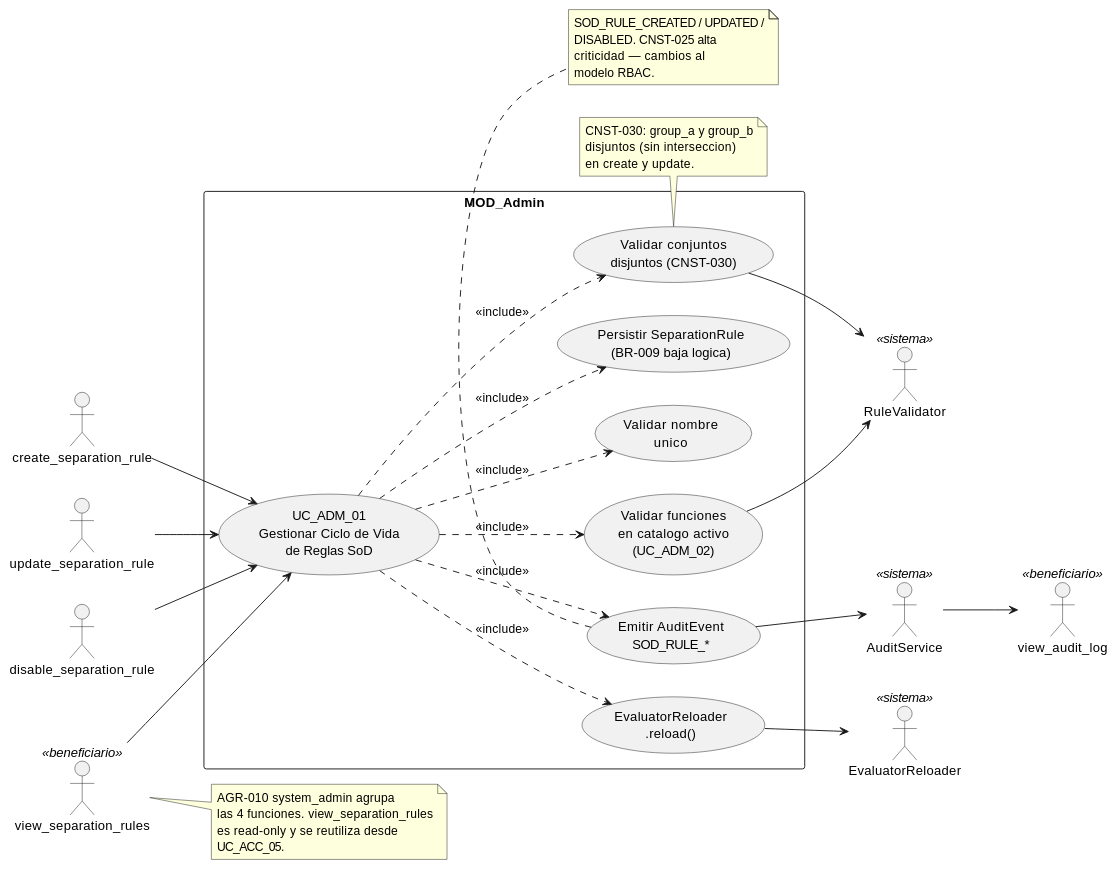
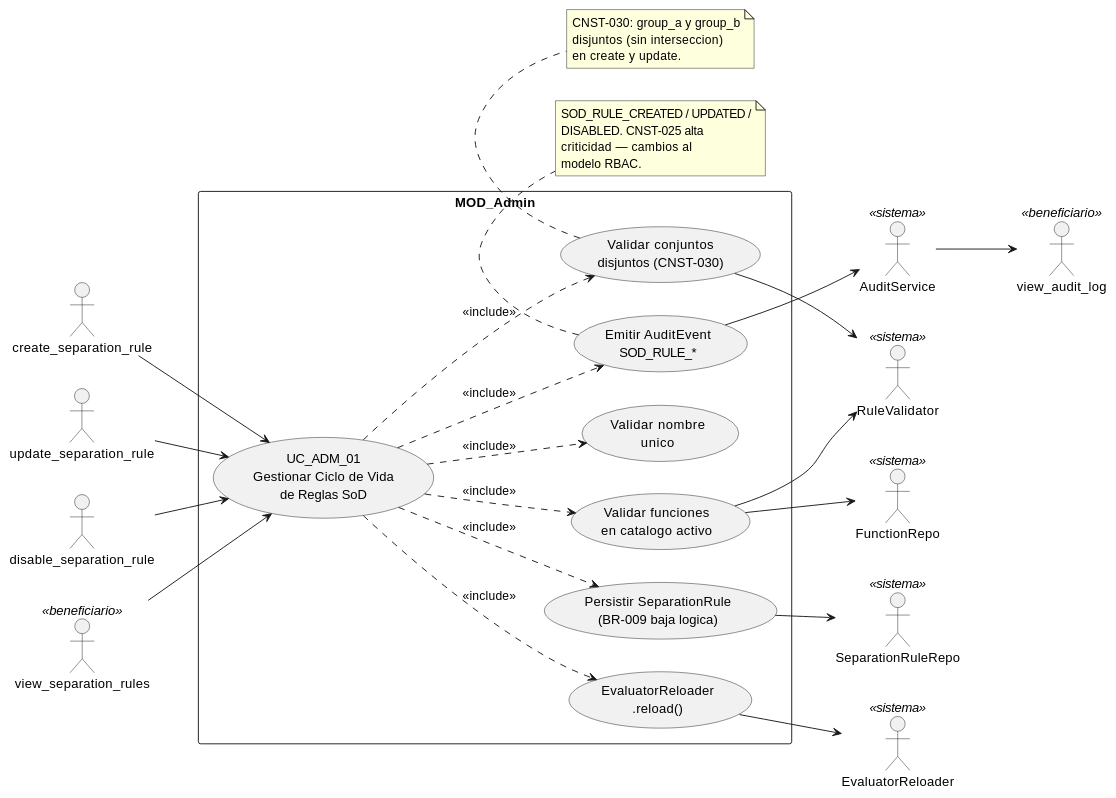
The diagram in source/requisitos/casos-uso/admin/uc-adm-01/diagramas-uml/diagrama-de-caso-de-uso.rst (jcg-admin/IACT-docs), drawn with PlantUML before and after one commit. The commit also changed other lines of this file and 6 other files, not shown here.

First line of the commit message:
Recreate uc-adm-01 diagrams aligned to STD-011/012 v1.1.0

```diff
--- a/source/requisitos/casos-uso/admin/uc-adm-01/diagramas-uml/diagrama-de-caso-de-uso.rst
+++ b/source/requisitos/casos-uso/admin/uc-adm-01/diagramas-uml/diagrama-de-caso-de-uso.rst
@@ -4,65 +6,62 @@
 .. uml::
- :caption: UC_ADM_01 — actores y casos asociados
+ :caption: UC_ADM_01 — actores y casos asociados.
 
  @startuml
 
  left to right direction
 
- actor "create_separation_rule" as F_CREATE
- actor "update_separation_rule" as F_UPDATE
- actor "disable_separation_rule" as F_DISABLE
- actor "view_separation_rules" as F_VIEW <<beneficiario>>
+ actor "create_separation_rule" as create_separation_rule
+ actor "update_separation_rule" as update_separation_rule
+ actor "disable_separation_rule" as disable_separation_rule
+ actor "view_separation_rules" as view_separation_rules <<beneficiario>>
  actor "view_audit_log" as view_audit_log <<beneficiario>>
- actor "EvaluatorReloader" as EE <<sistema>>
- actor "RuleValidator" as RV <<sistema>>
- actor "AuditService" as AS <<sistema>>
+ actor "EvaluatorReloader" as EvaluatorReloader <<sistema>>
+ actor "RuleValidator" as RuleValidator <<sistema>>
+ actor "AuditService" as AuditService <<sistema>>
+ actor "SeparationRuleRepo" as SeparationRuleRepo <<sistema>>
+ actor "FunctionRepo" as FunctionRepo <<sistema>>
 
  rectangle "MOD_Admin" {
    usecase "UC_ADM_01\nGestionar Ciclo de Vida\nde Reglas SoD" as UC_ADM_01
    usecase "Validar conjuntos\ndisjuntos (CNST-030)" as VALIDAR_CONJUNTOS
-   usecase "Validar funciones\nen catalogo activo\n(UC_ADM_02)" as VALIDAR_FUNCIONES
+   usecase "Validar funciones\nen catalogo activo" as VALIDAR_FUNCIONES
    usecase "Validar nombre\nunico" as VALIDAR_NOMBRE
    usecase "Persistir SeparationRule\n(BR-009 baja logica)" as PERSISTIR
-   usecase "Emitir AuditEvent\nSOD_RULE_*" as AUDIT
+   usecase "Emitir AuditEvent\nSOD_RULE_*" as AUDITAR
    usecase "EvaluatorReloader\n.reload()" as RELOAD
  }
 
- F_CREATE --> UC_ADM_01
- F_UPDATE --> UC_ADM_01
- F_DISABLE --> UC_ADM_01
- F_VIEW --> UC_ADM_01
+ create_separation_rule --> UC_ADM_01
+ update_separation_rule --> UC_ADM_01
+ disable_separation_rule --> UC_ADM_01
+ view_separation_rules --> UC_ADM_01
 
  UC_ADM_01 ..> VALIDAR_CONJUNTOS : <<include>>
  UC_ADM_01 ..> VALIDAR_FUNCIONES : <<include>>
  UC_ADM_01 ..> VALIDAR_NOMBRE : <<include>>
  UC_ADM_01 ..> PERSISTIR : <<include>>
- UC_ADM_01 ..> AUDIT : <<include>>
+ UC_ADM_01 ..> AUDITAR : <<include>>
  UC_ADM_01 ..> RELOAD : <<include>>
 
- VALIDAR_CONJUNTOS --> RV
- VALIDAR_FUNCIONES --> RV
- AUDIT --> AS
- RELOAD --> EE
- AS --> view_audit_log
+ VALIDAR_CONJUNTOS --> RuleValidator
+ VALIDAR_FUNCIONES --> RuleValidator
+ VALIDAR_FUNCIONES --> FunctionRepo
+ PERSISTIR --> SeparationRuleRepo
+ AUDITAR --> AuditService
+ RELOAD --> EvaluatorReloader
+ AuditService --> view_audit_log
 
  note bottom of VALIDAR_CONJUNTOS
    CNST-030: group_a y group_b
    disjuntos (sin interseccion)
    en create y update.
  end note
 
- note bottom of AUDIT
+ note bottom of AUDITAR
    SOD_RULE_CREATED / UPDATED /
    DISABLED. CNST-025 alta
    criticidad — cambios al
    modelo RBAC.
  end note
 
- note right of F_VIEW
-   AGR-010 system_admin agrupa
-   las 4 funciones. view_separation_rules
-   es read-only y se reutiliza desde
-   UC_ACC_05.
- end note
-
  @enduml
```
